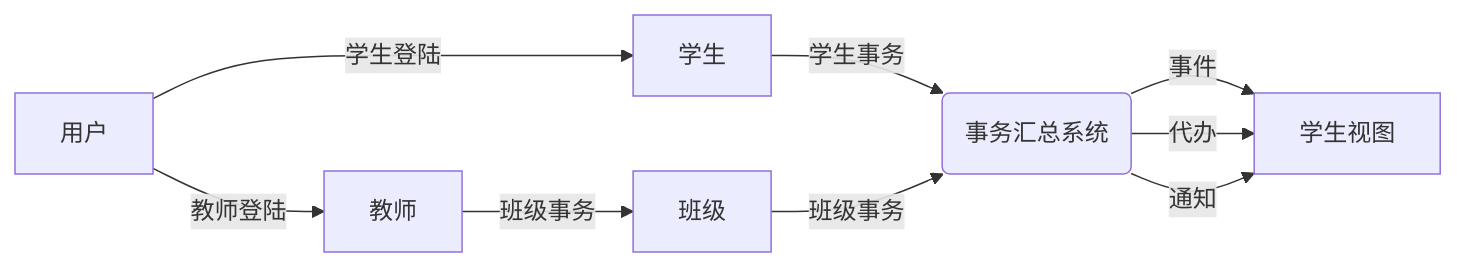
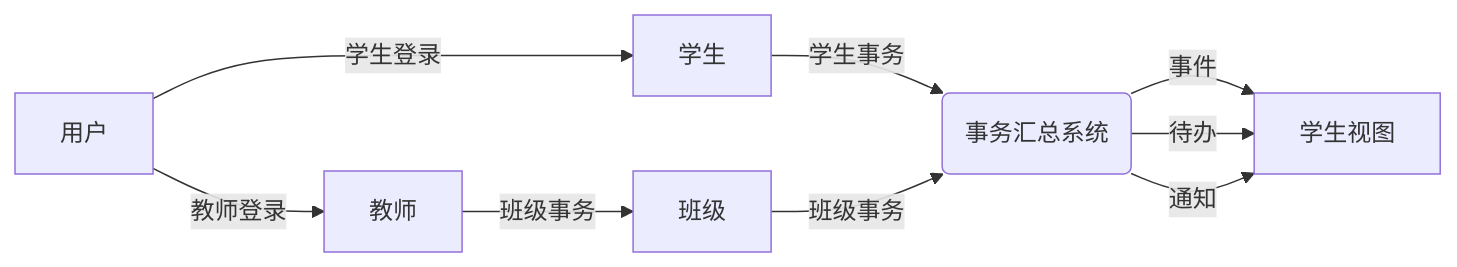
Before and after one commit to Group-Lynx/grid: the diagram in doc/need-anal/func-lv1.mmd, drawn with Mermaid. The commit also changed 3 other files, not shown here.

```diff
--- a/doc/need-anal/func-lv1.mmd
+++ b/doc/need-anal/func-lv1.mmd
@@ -1,15 +1,15 @@
 flowchart LR
     User["用户"]
     Student["学生"]
     Teacher["教师"]
     Class["班级"]
     StudentView["学生视图"]
     EventCenter("事务汇总系统")
 
-    User -->|"学生登陆"| Student
-    User -->|"教师登陆"| Teacher
+    User -->|"学生登录"| Student
+    User -->|"教师登录"| Teacher
     Student -->|"学生事务"| EventCenter 
     Teacher -->|"班级事务"| Class -->|"班级事务"| EventCenter
     EventCenter -->|"事件"| StudentView
-    EventCenter -->|"代办"| StudentView
+    EventCenter -->|"待办"| StudentView
     EventCenter -->|"通知"| StudentView
```
